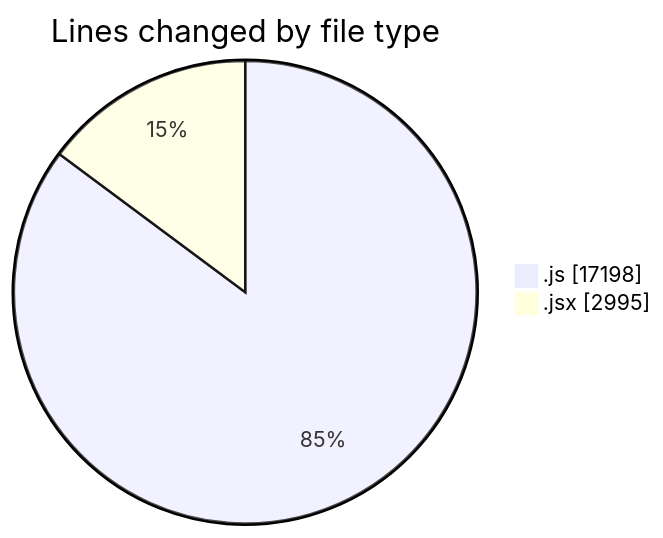
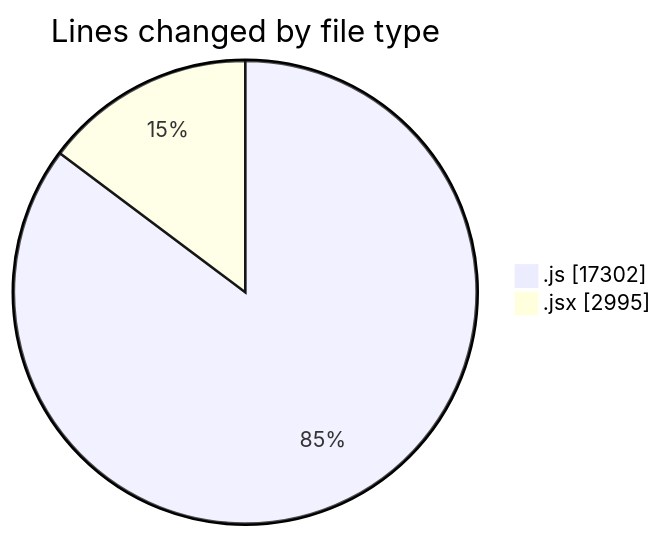
The first of 2 diagrams in 2025-09-26/nxtqube_webapp/README.md (nxtqubesakshisongat/code-tracking), drawn with Mermaid before and after one commit. The commit also changed other lines of this file and 1 other file, not shown here.

````diff
--- a/2025-09-26/nxtqube_webapp/README.md
+++ b/2025-09-26/nxtqube_webapp/README.md
@@ -27,6 +27,6 @@
 ```mermaid
 pie showData
 title Lines changed by file type
-".js" : 17198
+".js" : 17302
 ".jsx" : 2995
 ```
````
